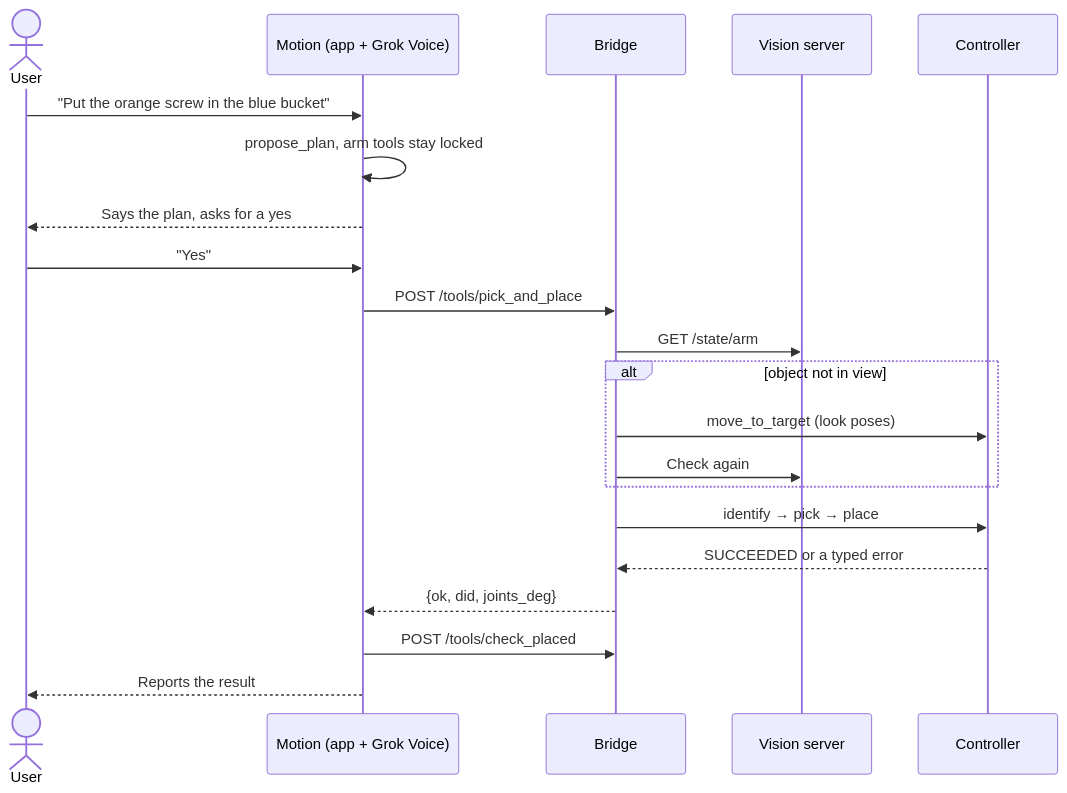
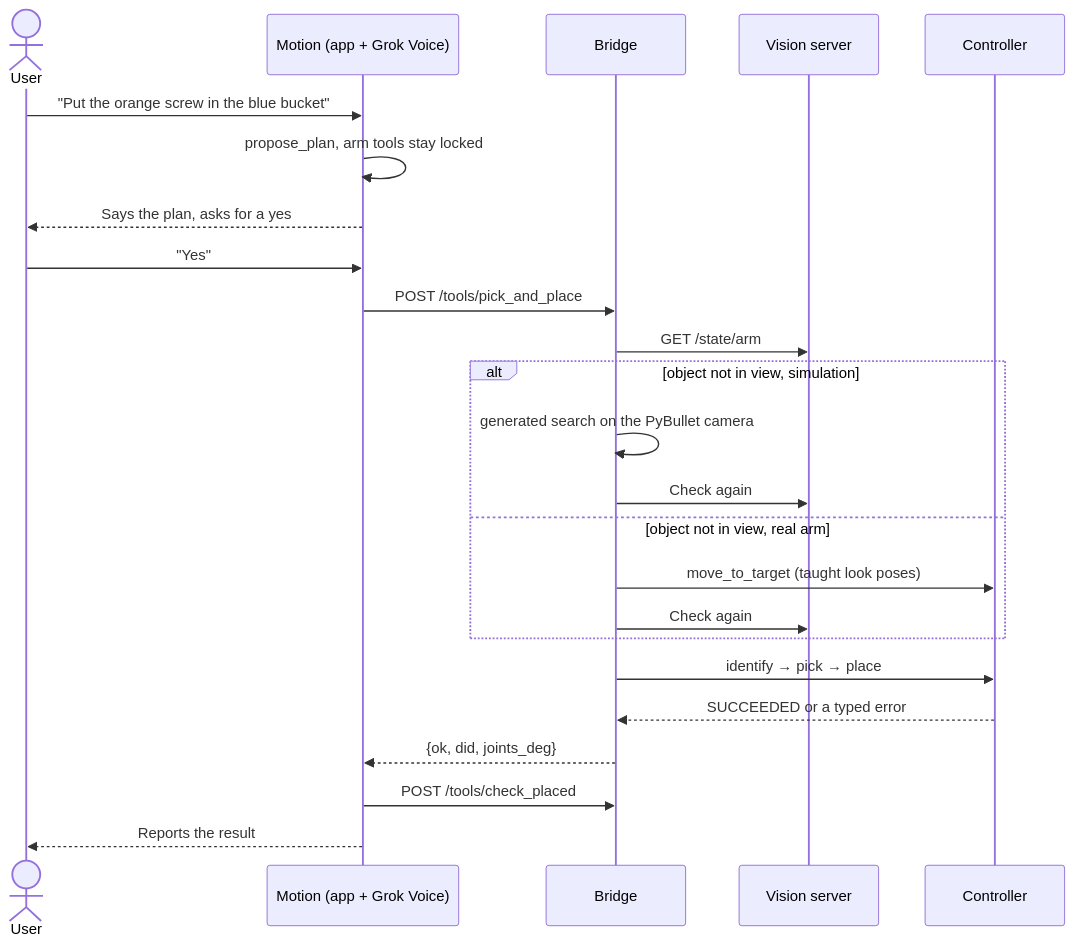
Before and after one commit to sirwinstontea/MOTIQ: the second of 3 diagrams in README.md, drawn with Mermaid. The commit also changed other lines of this file and 189 other files, not shown here.

````diff
--- a/README.md
+++ b/README.md
@@ -140,24 +141,27 @@
 ```mermaid
 sequenceDiagram
     actor User
     participant Motion as Motion (app + Grok Voice)
     participant Bridge as Bridge
     participant Vision as Vision server
     participant Ctrl as Controller
 
     User->>Motion: "Put the orange screw in the blue bucket"
     Motion->>Motion: propose_plan, arm tools stay locked
     Motion-->>User: Says the plan, asks for a yes
     User->>Motion: "Yes"
     Motion->>Bridge: POST /tools/pick_and_place
     Bridge->>Vision: GET /state/arm
-    alt object not in view
-        Bridge->>Ctrl: move_to_target (look poses)
+    alt object not in view, simulation
+        Bridge->>Bridge: generated search on the PyBullet camera
+        Bridge->>Vision: Check again
+    else object not in view, real arm
+        Bridge->>Ctrl: move_to_target (taught look poses)
         Bridge->>Vision: Check again
     end
     Bridge->>Ctrl: identify → pick → place
     Ctrl-->>Bridge: SUCCEEDED or a typed error
     Bridge-->>Motion: {ok, did, joints_deg}
     Motion->>Bridge: POST /tools/check_placed
     Motion-->>User: Reports the result
 ```
````
